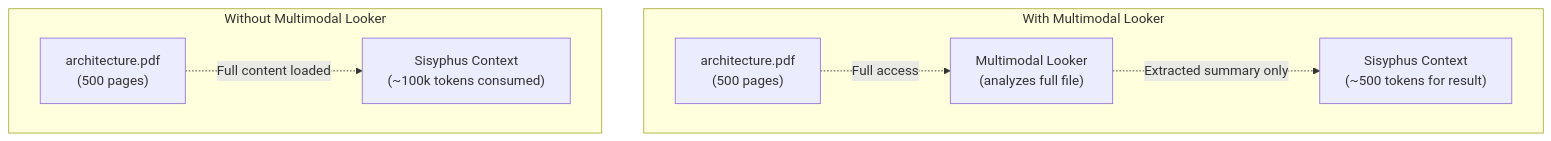
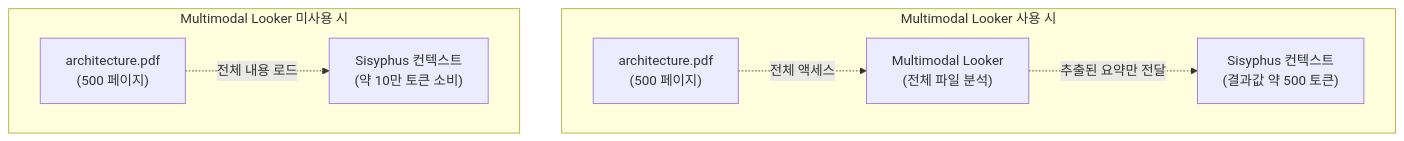
One commit to felipetruman/oh-my-opencode-docs changed the fifth of 6 diagrams in docs/agents/multimodal-looker.md. Above: the diagram before and after it, drawn with Mermaid. The commit also changed other lines of this file and 76 other files, not shown here.

````diff
--- a/docs/agents/multimodal-looker.md
+++ b/docs/agents/multimodal-looker.md
@@ -283,23 +279,23 @@
 ```mermaid
 flowchart TD
 
-PDF2["architecture.pdf<br>(500 pages)"]
-Multi["Multimodal Looker<br>(analyzes full file)"]
-Sisyphus2["Sisyphus Context<br>(~500 tokens for result)"]
-PDF1["architecture.pdf<br>(500 pages)"]
-Sisyphus1["Sisyphus Context<br>(~100k tokens consumed)"]
+PDF2["architecture.pdf<br>(500 페이지)"]
+Multi["Multimodal Looker<br>(전체 파일 분석)"]
+Sisyphus2["Sisyphus 컨텍스트<br>(결과값 약 500 토큰)"]
+PDF1["architecture.pdf<br>(500 페이지)"]
+Sisyphus1["Sisyphus 컨텍스트<br>(약 10만 토큰 소비)"]
 
-subgraph subGraph1 ["With Multimodal Looker"]
+subgraph subGraph1 ["Multimodal Looker 사용 시"]
     PDF2
     Multi
     Sisyphus2
-    PDF2 -.->|"Full access"| Multi
-    Multi -.->|"Extracted summary only"| Sisyphus2
+    PDF2 -.->|"전체 액세스"| Multi
+    Multi -.->|"추출된 요약만 전달"| Sisyphus2
 end
 
-subgraph subGraph0 ["Without Multimodal Looker"]
+subgraph subGraph0 ["Multimodal Looker 미사용 시"]
     PDF1
     Sisyphus1
-    PDF1 -.->|"Full content loaded"| Sisyphus1
+    PDF1 -.->|"전체 내용 로드"| Sisyphus1
 end
 ```
````
